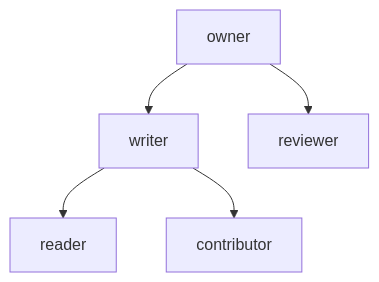
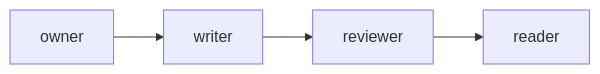
One commit to envoy1084/rill changed the diagram in architecture/05-policy/permissions.md. Above: the diagram before and after it, drawn with Mermaid. The commit also changed other lines of this file and 61 other files, not shown here.

````diff
--- a/architecture/05-policy/permissions.md
+++ b/architecture/05-policy/permissions.md
@@ -13,7 +15,4 @@
 ```mermaid
-flowchart TD
-    O[owner] --> W[writer]
-    O --> RV[reviewer]
-    W --> R[reader]
-    W --> C[contributor]
+flowchart LR
+    O[owner] --> W[writer] --> RV[reviewer] --> R[reader]
 ```
````
